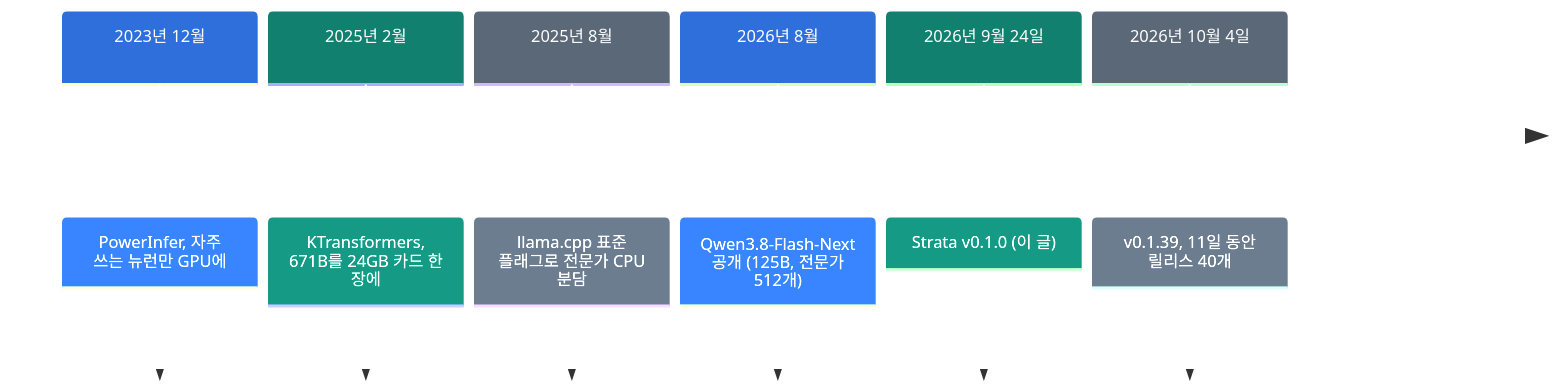
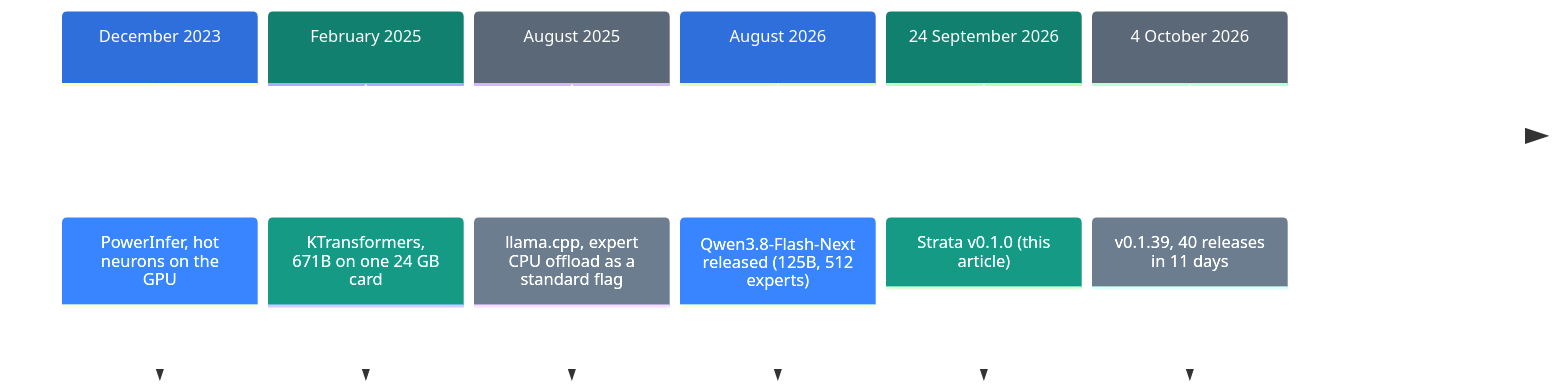
The first of 2 diagrams in content/trends/strata.md (neocello-ku/neocello-ku.github.io), drawn with Mermaid before and after one commit. The commit also changed other lines of this file and 4 other files, not shown here.

````diff
--- a/content/trends/strata.md
+++ b/content/trends/strata.md
@@ -29,10 +29,10 @@
 ```mermaid
 %%{init: {'themeVariables': {'cScale0': '#2F6FDB', 'cScaleLabel0': '#FFFFFF', 'cScale1': '#11806F', 'cScaleLabel1': '#FFFFFF', 'cScale2': '#5B6878', 'cScaleLabel2': '#FFFFFF', 'cScale3': '#2F6FDB', 'cScaleLabel3': '#FFFFFF', 'cScale4': '#11806F', 'cScaleLabel4': '#FFFFFF', 'cScale5': '#5B6878', 'cScaleLabel5': '#FFFFFF', 'cScale6': '#2F6FDB', 'cScaleLabel6': '#FFFFFF', 'cScale7': '#11806F', 'cScaleLabel7': '#FFFFFF', 'cScale8': '#5B6878', 'cScaleLabel8': '#FFFFFF', 'cScale9': '#2F6FDB', 'cScaleLabel9': '#FFFFFF', 'cScale10': '#11806F', 'cScaleLabel10': '#FFFFFF', 'cScale11': '#5B6878', 'cScaleLabel11': '#FFFFFF'}}}%%
 timeline
-  2023년 12월 : PowerInfer, 자주 쓰는 뉴런만 GPU에
-  2025년 2월 : KTransformers, 671B를 24GB 카드 한 장에
-  2025년 8월 : llama.cpp 표준 플래그로 전문가 CPU 분담
-  2026년 8월 : Qwen3.8-Flash-Next 공개 (125B, 전문가 512개)
-  2026년 9월 24일 : Strata v0.1.0 (이 글)
-  2026년 10월 4일 : v0.1.39, 11일 동안 릴리스 40개
+  December 2023 : PowerInfer, hot neurons on the GPU
+  February 2025 : KTransformers, 671B on one 24 GB card
+  August 2025 : llama.cpp, expert CPU offload as a standard flag
+  August 2026 : Qwen3.8-Flash-Next released (125B, 512 experts)
+  24 September 2026 : Strata v0.1.0 (this article)
+  4 October 2026 : v0.1.39, 40 releases in 11 days
 ```
````
